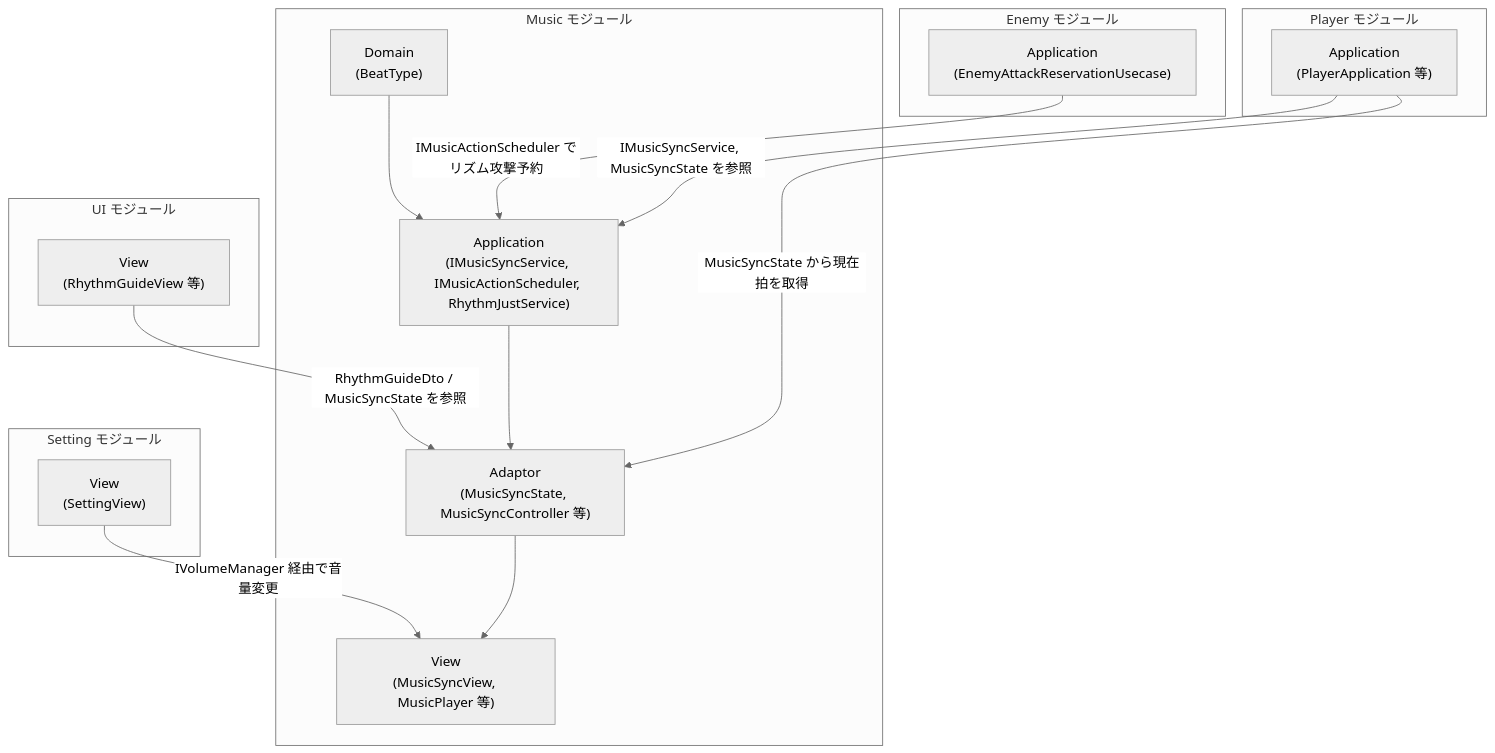
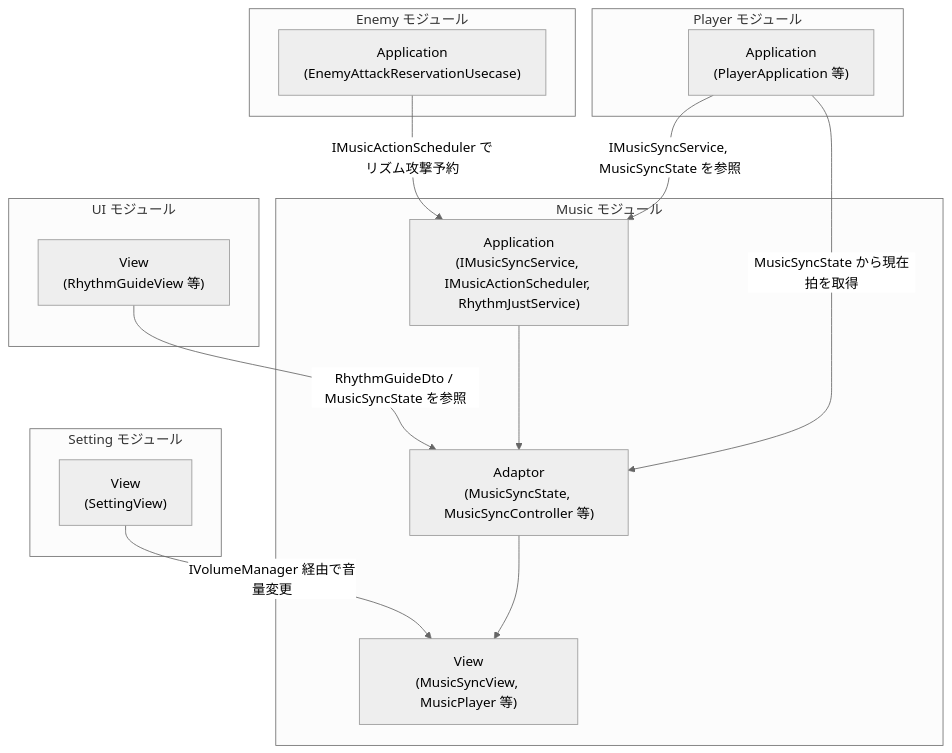
Before and after one commit to HIBIKI5201/SymphonyKillChord: the first of 4 diagrams in Assets/Docs/ScriptsDocs/Modules/NotionModuleDocs/Music.md, drawn with Mermaid (neutral theme). The commit also changed other lines of this file and 5 other files, not shown here.

````diff
--- a/Assets/Docs/ScriptsDocs/Modules/NotionModuleDocs/Music.md
+++ b/Assets/Docs/ScriptsDocs/Modules/NotionModuleDocs/Music.md
@@ -40,34 +36,34 @@
 ```mermaid
 graph TD
+    %% 定義 (接続のないレイヤーは省略)
     subgraph MusicModule [Music モジュール]
-        M_Domain["Domain\n(BeatType)"]
         M_App["Application\n(IMusicSyncService, IMusicActionScheduler, RhythmJustService)"]
         M_Adaptor["Adaptor\n(MusicSyncState, MusicSyncController 等)"]
         M_View["View\n(MusicSyncView, MusicPlayer 等)"]
-        M_Domain --> M_App
         M_App --> M_Adaptor
         M_Adaptor --> M_View
     end
 
     subgraph PlayerModule [Player モジュール]
         P_App["Application\n(PlayerApplication 等)"]
     end
 
     subgraph EnemyModule [Enemy モジュール]
         E_App["Application\n(EnemyAttackReservationUsecase)"]
     end
 
     subgraph UIModule [UI モジュール]
         UI_View["View\n(RhythmGuideView 等)"]
     end
 
     subgraph SettingModule [Setting モジュール]
         S_View["View\n(SettingView)"]
     end
 
+    %% 依存関係
     P_App -->|"IMusicSyncService, MusicSyncState を参照"| M_App
     P_App -->|"MusicSyncState から現在拍を取得"| M_Adaptor
     E_App -->|"IMusicActionScheduler でリズム攻撃予約"| M_App
     UI_View -->|"RhythmGuideDto / MusicSyncState を参照"| M_Adaptor
     S_View -->|"IVolumeManager 経由で音量変更"| M_View
 ```
````
